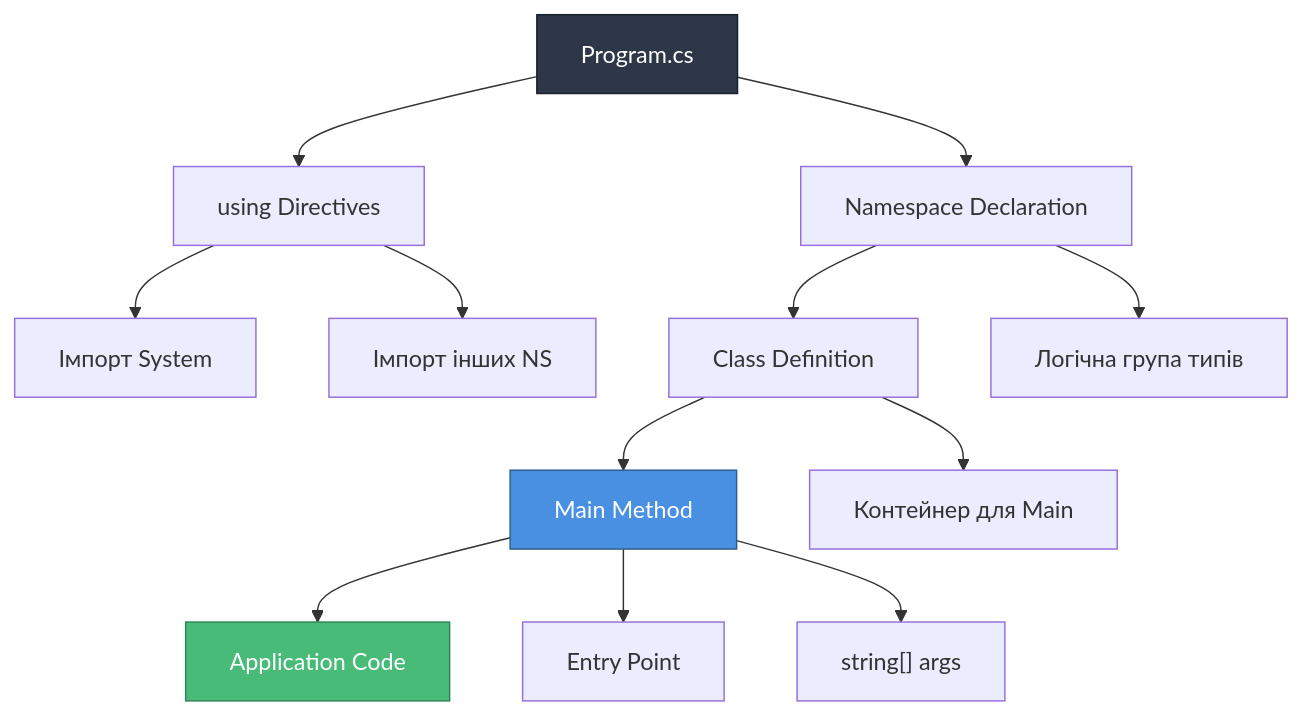
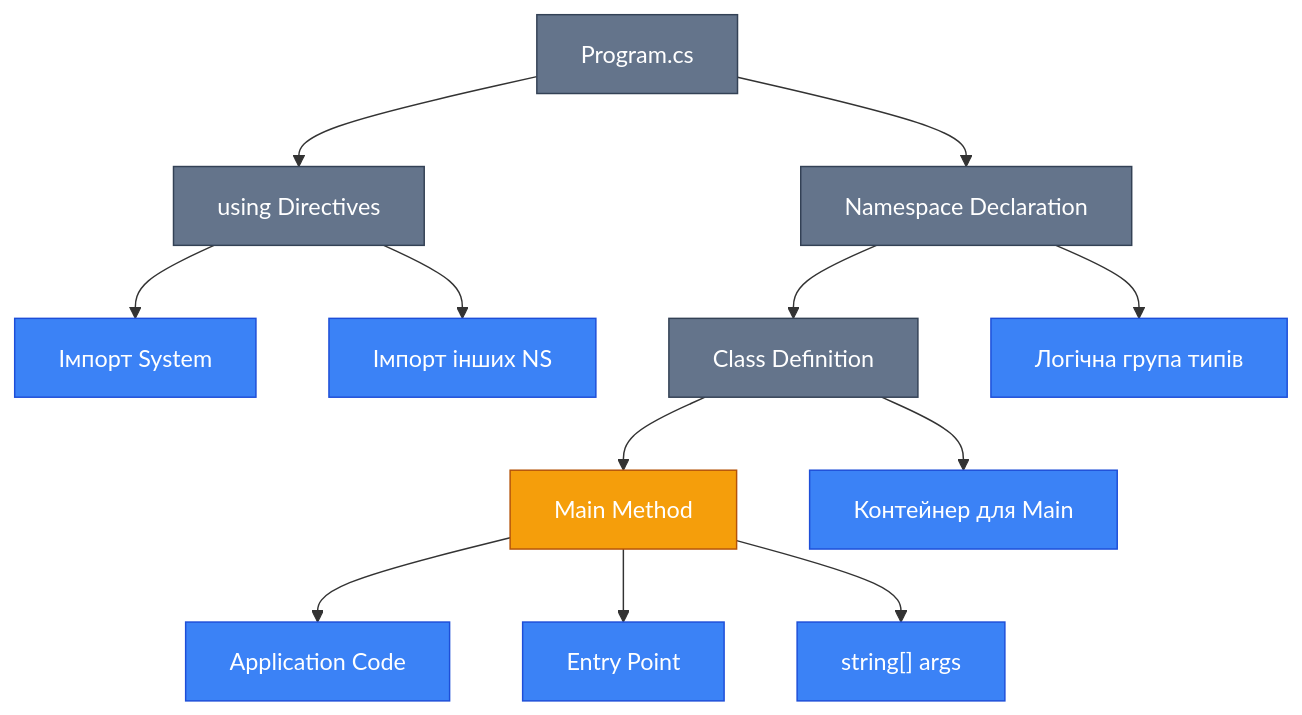
One commit to arakviel/kostyl.dev changed the first of 3 diagrams in content/1.csharp/1.fundamentals/2.program-structure.md. Above: the diagram before and after it, drawn with Mermaid. The commit also changed other lines of this file and 30 other files, not shown here.

````diff
--- a/content/1.csharp/1.fundamentals/2.program-structure.md
+++ b/content/1.csharp/1.fundamentals/2.program-structure.md
@@ -39,22 +39,31 @@
 ```mermaid
 graph TD
     A[Program.cs] --> B[using Directives]
     A --> C[Namespace Declaration]
     C --> D[Class Definition]
     D --> E[Main Method]
     E --> F[Application Code]
 
     B --> B1["Імпорт System"]
     B --> B2["Імпорт інших NS"]
 
     C --> C1["Логічна група типів"]
 
     D --> D1["Контейнер для Main"]
 
     E --> E1["Entry Point"]
     E --> E2["string[] args"]
 
-    style E fill:#4a90e2,stroke:#2e5c8a,color:#fff
-    style A fill:#2d3748,stroke:#1a202c,color:#fff
-    style F fill:#48bb78,stroke:#2f855a,color:#fff
+    style E fill:#f59e0b,stroke:#b45309,color:#ffffff
+    style A fill:#64748b,stroke:#334155,color:#ffffff
+    style F fill:#3b82f6,stroke:#1d4ed8,color:#ffffff
+    style B fill:#64748b,stroke:#334155,color:#ffffff
+    style C fill:#64748b,stroke:#334155,color:#ffffff
+    style D fill:#64748b,stroke:#334155,color:#ffffff
+    style B1 fill:#3b82f6,stroke:#1d4ed8,color:#ffffff
+    style B2 fill:#3b82f6,stroke:#1d4ed8,color:#ffffff
+    style C1 fill:#3b82f6,stroke:#1d4ed8,color:#ffffff
+    style D1 fill:#3b82f6,stroke:#1d4ed8,color:#ffffff
+    style E1 fill:#3b82f6,stroke:#1d4ed8,color:#ffffff
+    style E2 fill:#3b82f6,stroke:#1d4ed8,color:#ffffff
 ```
````
